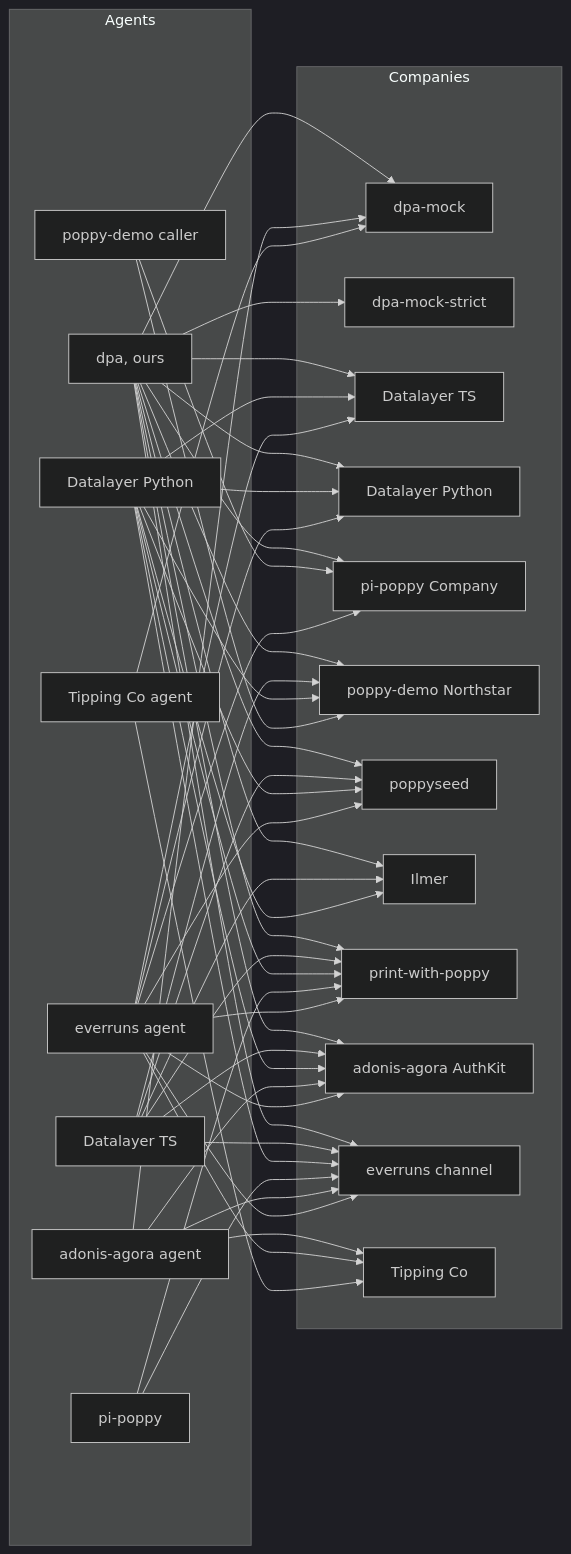
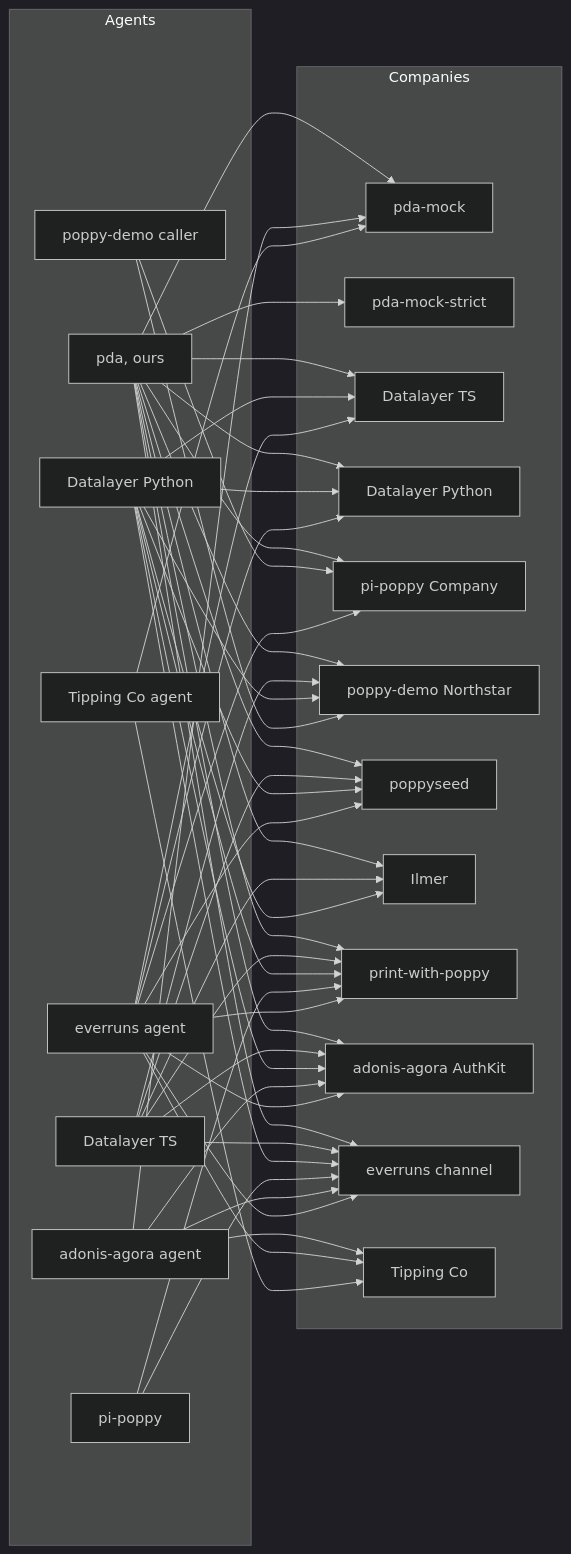
One commit to adewale/pda changed the diagram in docs/ecosystem.md. Above: the diagram before and after it, drawn with Mermaid (dark theme). The commit also changed other lines of this file and 92 other files, not shown here.

First line of the commit message:
Poppy Demo Agent (PDA): a new signed-out page, a palette with one hue per party, and pda for dpa

````diff
--- a/docs/ecosystem.md
+++ b/docs/ecosystem.md
@@ -168,35 +168,35 @@
 ```mermaid
 flowchart LR
   subgraph Agents
-    dpa[dpa, ours]
+    pda[pda, ours]
     dlts[Datalayer TS]
     dlpy[Datalayer Python]
     pi[pi-poppy]
     demo[poppy-demo caller]
     adonis[adonis-agora agent]
     evag[everruns agent]
     tcag[Tipping Co agent]
   end
   subgraph Companies
-    mock[dpa-mock]
-    strict[dpa-mock-strict]
+    mock[pda-mock]
+    strict[pda-mock-strict]
     mts[Datalayer TS]
     mpy[Datalayer Python]
     pico[pi-poppy Company]
     north[poppy-demo Northstar]
     seed[poppyseed]
     ilmer[Ilmer]
     pwp[print-with-poppy]
     authkit[adonis-agora AuthKit]
     evco[everruns channel]
     tcco[Tipping Co]
   end
-  dpa --> mock & strict & mts & mpy & pico & north & seed & ilmer & pwp & authkit & evco
+  pda --> mock & strict & mts & mpy & pico & north & seed & ilmer & pwp & authkit & evco
   dlts --> north & seed & ilmer & pwp & authkit & evco
   dlpy --> mts & mpy & north & seed & ilmer & pwp & authkit & evco
   pi --> pwp & evco
   demo --> pico & north
   adonis --> mock & authkit & evco & tcco
   evag --> mts & mpy & pico & seed & pwp & authkit & evco & tcco
   tcag --> mock & tcco
 ```
````
